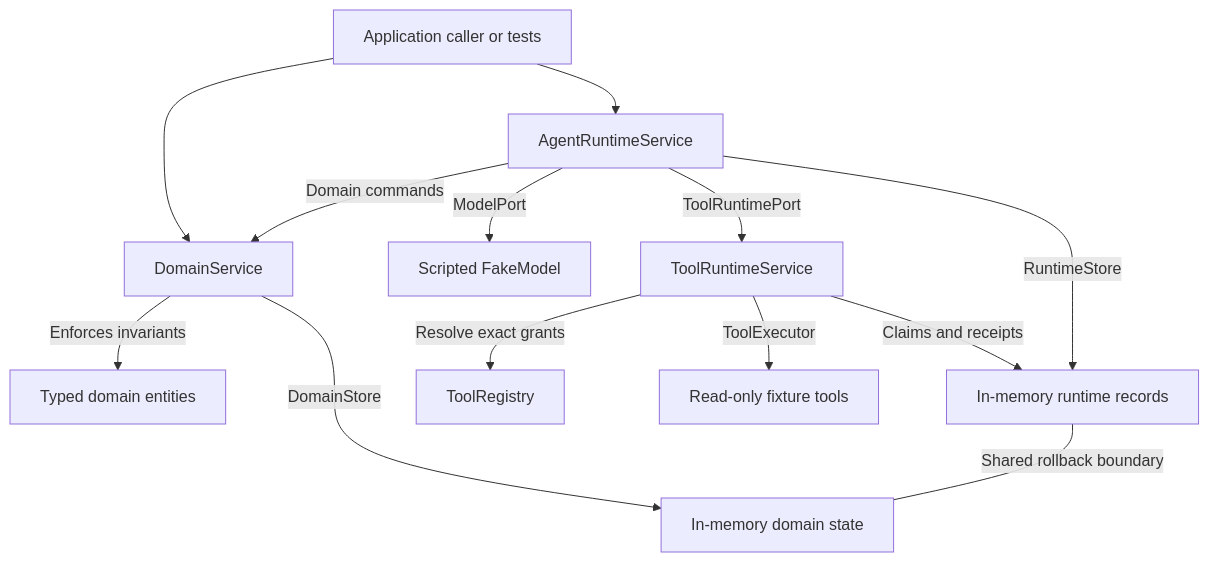
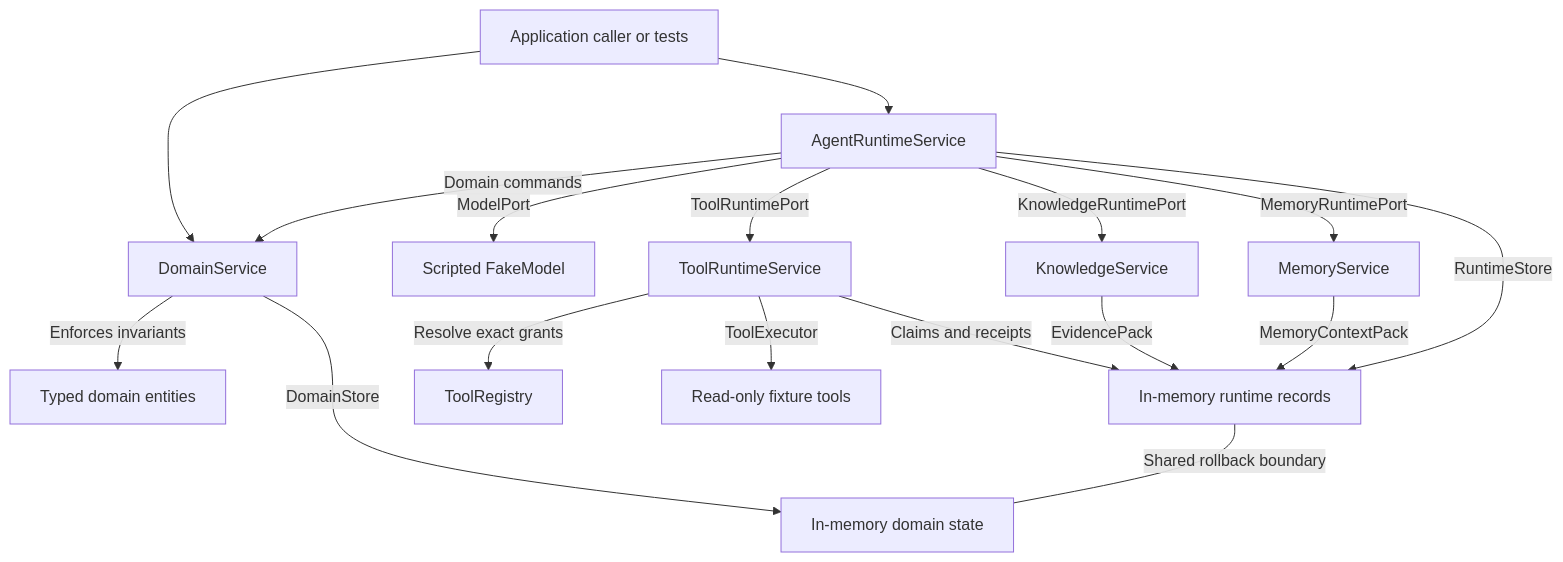
One commit to Amanux7/Nebula-OS- changed the first of 3 diagrams in README.md. Above: the diagram before and after it, drawn with Mermaid. The commit also changed other lines of this file and 29 other files, not shown here.

Commit message:
feat: add governed memory runtime

```diff
--- a/README.md
+++ b/README.md
@@ -91,15 +93,19 @@
 ~~~mermaid
 flowchart TD
     caller["Application caller or tests"] --> domainService["DomainService"]
     caller --> agentRuntime["AgentRuntimeService"]
     agentRuntime -->|"Domain commands"| domainService
     domainService -->|"Enforces invariants"| domain["Typed domain entities"]
     agentRuntime -->|"ModelPort"| model["Scripted FakeModel"]
     agentRuntime -->|"ToolRuntimePort"| toolRuntime["ToolRuntimeService"]
+    agentRuntime -->|"KnowledgeRuntimePort"| knowledge["KnowledgeService"]
+    agentRuntime -->|"MemoryRuntimePort"| memory["MemoryService"]
     toolRuntime -->|"Resolve exact grants"| registry["ToolRegistry"]
     toolRuntime -->|"ToolExecutor"| fixtures["Read-only fixture tools"]
     domainService -->|"DomainStore"| state["In-memory domain state"]
     agentRuntime -->|"RuntimeStore"| history["In-memory runtime records"]
     toolRuntime -->|"Claims and receipts"| history
+    knowledge -->|"EvidencePack"| history
+    memory -->|"MemoryContextPack"| history
     history ---|"Shared rollback boundary"| state
 ~~~
```
